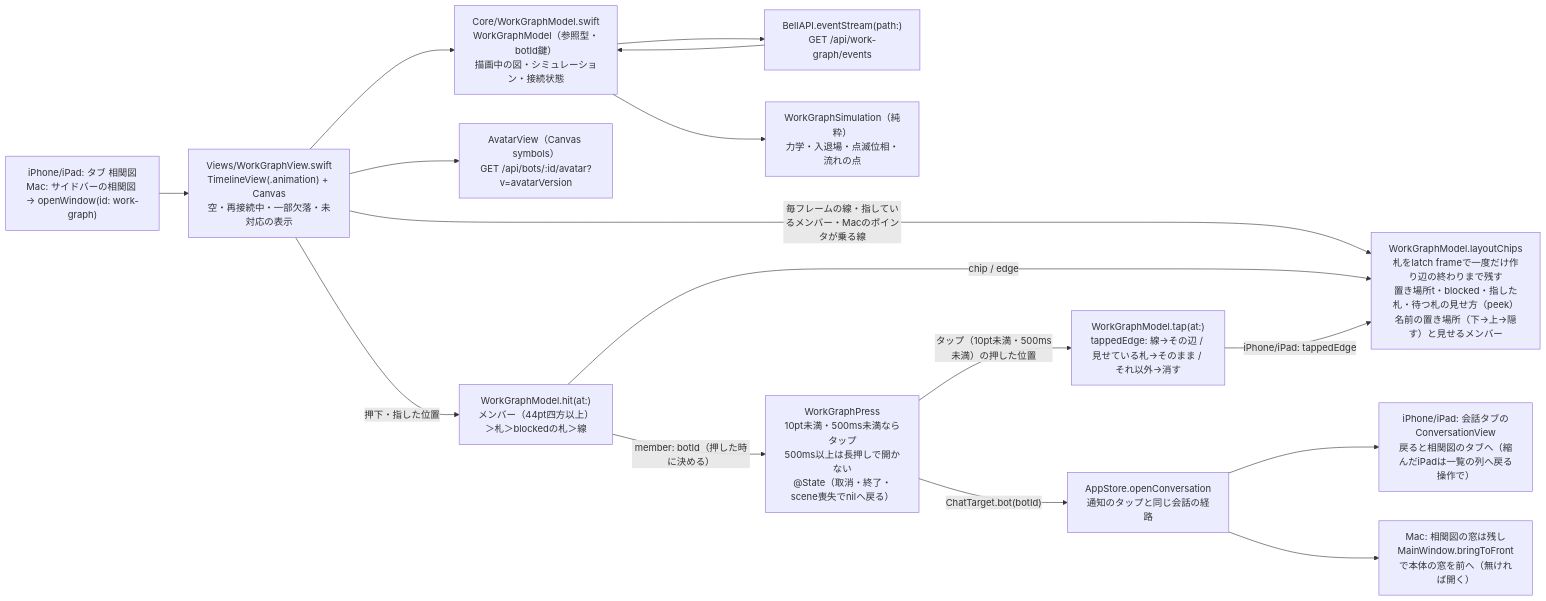
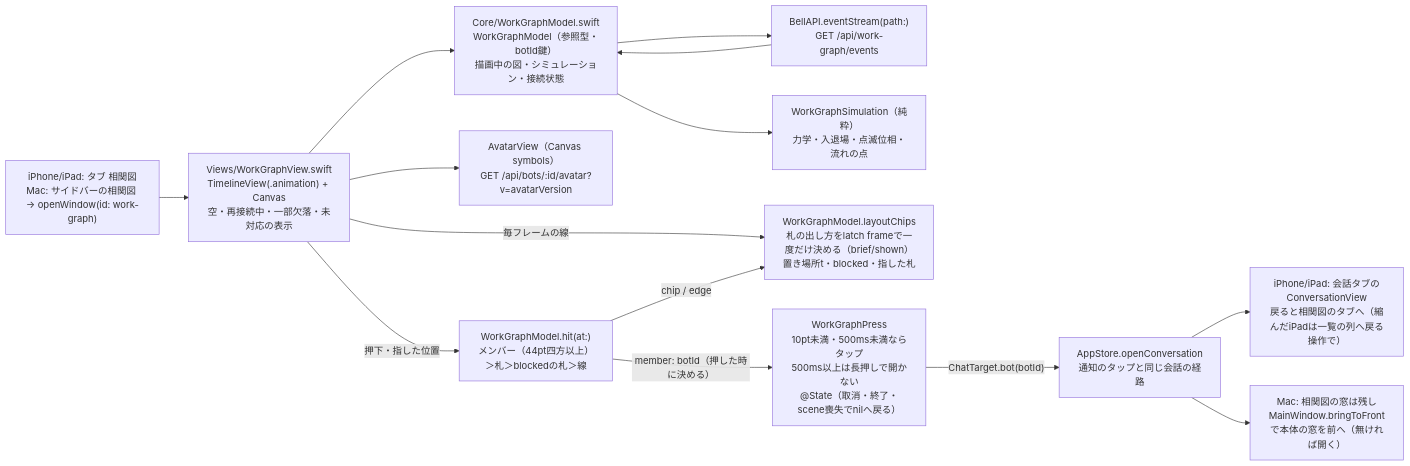
Before and after one commit to kitepon/BellTeam: the diagram in docs/architecture/modules/apple/work-graph.md, drawn with Mermaid. The commit also changed other lines of this file and 3 other files, not shown here.

First line of the commit message:
Revert "Merge pull request #805 from kitepon/bell/apple-work-graph-chips-stay"

````diff
--- a/docs/architecture/modules/apple/work-graph.md
+++ b/docs/architecture/modules/apple/work-graph.md
@@ -7,18 +7,16 @@
 ```mermaid
 flowchart LR
   Nav["iPhone/iPad: タブ 相関図<br/>Mac: サイドバーの相関図 → openWindow(id: work-graph)"] --> View["Views/WorkGraphView.swift<br/>TimelineView(.animation) + Canvas<br/>空・再接続中・一部欠落・未対応の表示"]
   View --> Model["Core/WorkGraphModel.swift<br/>WorkGraphModel（参照型・botId鍵）<br/>描画中の図・シミュレーション・接続状態"]
   Model --> Stream["BellAPI.eventStream(path:)<br/>GET /api/work-graph/events"]
   Stream --> Model
   Model --> Sim["WorkGraphSimulation（純粋）<br/>力学・入退場・点滅位相・流れの点"]
   View --> Avatar["AvatarView（Canvas symbols）<br/>GET /api/bots/:id/avatar?v=avatarVersion"]
-  View -->|"毎フレームの線・指しているメンバー・Macのポインタが乗る線"| Chips["WorkGraphModel.layoutChips<br/>札をlatch frameで一度だけ作り辺の終わりまで残す<br/>置き場所t・blocked・指した札・待つ札の見せ方（peek）<br/>名前の置き場所（下→上→隠す）と見せるメンバー"]
+  View -->|"毎フレームの線"| Chips["WorkGraphModel.layoutChips<br/>札の出し方をlatch frameで一度だけ決める（brief/shown）<br/>置き場所t・blocked・指した札"]
   View -->|"押下・指した位置"| Hit["WorkGraphModel.hit(at:)<br/>メンバー（44pt四方以上）＞札＞blockedの札＞線"]
   Hit -->|"member: botId（押した時に決める）"| Press["WorkGraphPress<br/>10pt未満・500ms未満ならタップ<br/>500ms以上は長押しで開かない<br/>@State（取消・終了・scene喪失でnilへ戻る）"]
   Hit -->|"chip / edge"| Chips
-  Press -->|"タップ（10pt未満・500ms未満）の押した位置"| Tap["WorkGraphModel.tap(at:)<br/>tappedEdge: 線→その辺 / 見せている札→そのまま / それ以外→消す"]
-  Tap -->|"iPhone/iPad: tappedEdge"| Chips
   Press -->|"ChatTarget.bot(botId)"| Route["AppStore.openConversation<br/>通知のタップと同じ会話の経路"]
   Route --> Chat["iPhone/iPad: 会話タブのConversationView<br/>戻ると相関図のタブへ（縮んだiPadは一覧の列へ戻る操作で）"]
   Route --> Main["Mac: 相関図の窓は残し<br/>MainWindow.bringToFrontで本体の窓を前へ（無ければ開く）"]
 ```
````
